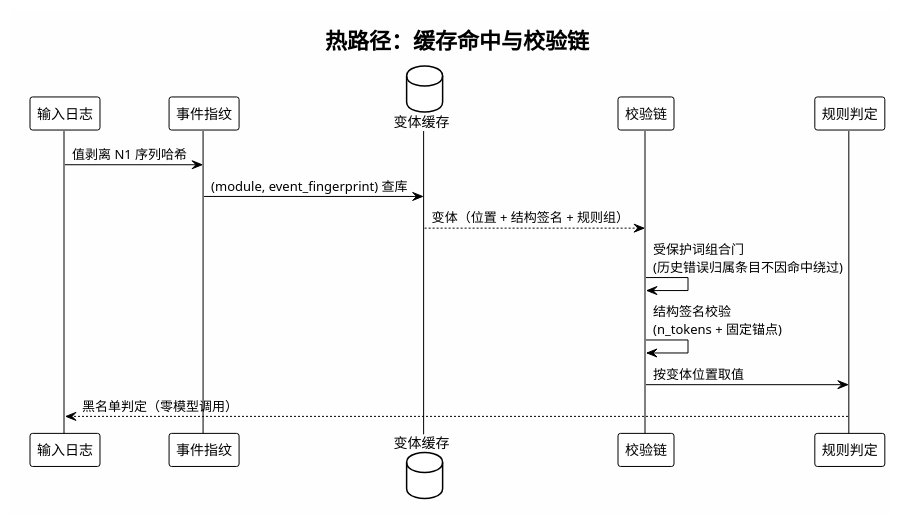
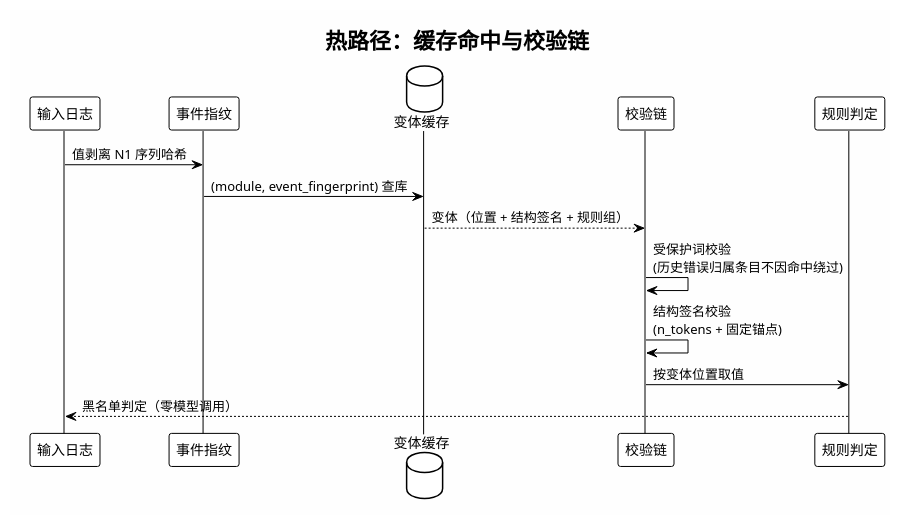
One commit to HouMonKy/TIG-PIPLUP changed the eighth of 14 diagrams in LogNet3.0方案设计与实现文档.md. Above: the diagram before and after it, drawn with PlantUML. The commit also changed other lines of this file, not shown here.

Commit message:
docs: 技术点二三处修订——标题改为'模板无关的参数异常检测'（含概述界定）；删除全部性能实测数字（5.5 性能实测整节移除，端到端示例顺位上移）；'门'类措辞全部改为'校验'（受保护词校验/值形态校验），'骨架位'改为'正文里'，与字段值位置对照表述

````diff
--- a/LogNet3.0方案设计与实现文档.md
+++ b/LogNet3.0方案设计与实现文档.md
@@ -762,24 +764,24 @@
 ```plantuml
 @startuml Parameter_Hot_Sequence
 !theme plain
 skinparam backgroundColor #FEFEFE
 skinparam shadowing false
 
 title 热路径：缓存命中与校验链
 
 participant "输入日志" as Log
 participant "事件指纹" as FP
 database "变体缓存" as Store
 participant "校验链" as Check
 participant "规则判定" as Rule
 
 Log -> FP: 值剥离 N1 序列哈希
 FP -> Store: (module, event_fingerprint) 查库
 Store --> Check: 变体（位置 + 结构签名 + 规则组）
-Check -> Check: 受保护词组合门\n(历史错误归属条目不因命中绕过)
+Check -> Check: 受保护词校验\n(历史错误归属条目不因命中绕过)
 Check -> Check: 结构签名校验\n(n_tokens + 固定锚点)
 Check -> Rule: 按变体位置取值
 Rule --> Log: 黑名单判定（零模型调用）
 
 @enduml
 ```
````
